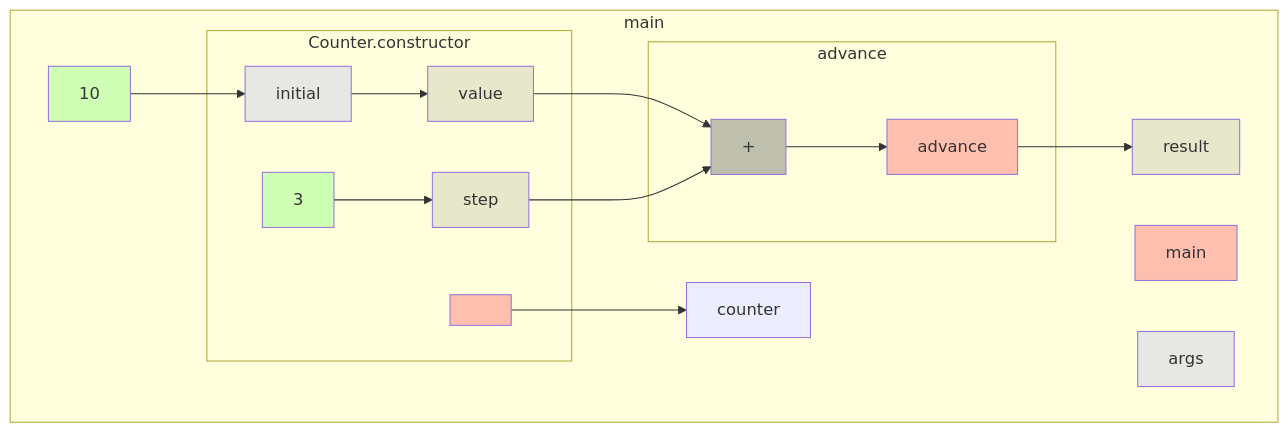
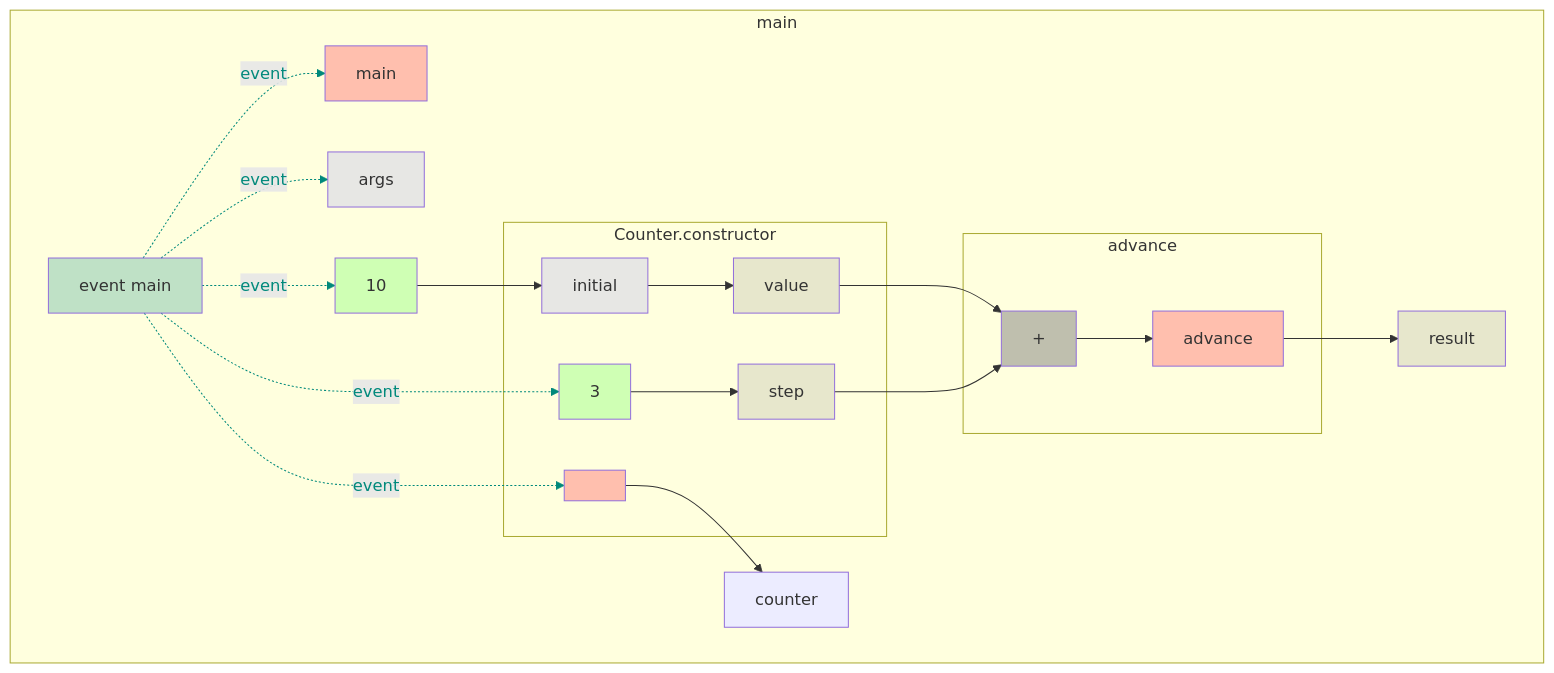
Before and after one commit to gstiebler/codeflow: the diagram in app/src/test/resources/implicitThis/snapshot.md, drawn with Mermaid. The commit also changed 77 other files, not shown here.

````diff
--- a/app/src/test/resources/implicitThis/snapshot.md
+++ b/app/src/test/resources/implicitThis/snapshot.md
@@ -1,36 +1,48 @@
 ```mermaid
 flowchart TD
   subgraph b0["main"]
-    n1[main]:::RETURN
-    n2[args]:::FUNC_PARAM
-    n3[10]:::LITERAL
-    n10[counter]:::OBJ_VARIABLE
-    n14[result]:::VARIABLE
-    n3[10]:::LITERAL --> n6[initial]:::FUNC_PARAM
-    n5[<init>]:::RETURN --> n10[counter]:::OBJ_VARIABLE
-    n7[value]:::VARIABLE --> n13[+]:::BIN_OP
-    n9[step]:::VARIABLE --> n13[+]:::BIN_OP
-    n12[advance]:::RETURN --> n14[result]:::VARIABLE
-    subgraph b4["Counter.constructor"]
-      n5[<init>]:::RETURN
-      n6[initial]:::FUNC_PARAM
-      n7[value]:::VARIABLE
-      n8[3]:::LITERAL
-      n9[step]:::VARIABLE
-      n6[initial]:::FUNC_PARAM --> n7[value]:::VARIABLE
-      n8[3]:::LITERAL --> n9[step]:::VARIABLE
+    n1[event main]:::EVENT
+    n2[main]:::RETURN
+    n3[args]:::FUNC_PARAM
+    n4[10]:::LITERAL
+    n11[counter]:::OBJ_VARIABLE
+    n15[result]:::VARIABLE
+    n1[event main]:::EVENT -. event .-> n2[main]:::RETURN
+    n1[event main]:::EVENT -. event .-> n3[args]:::FUNC_PARAM
+    n1[event main]:::EVENT -. event .-> n4[10]:::LITERAL
+    n1[event main]:::EVENT -. event .-> n6[<init>]:::RETURN
+    n1[event main]:::EVENT -. event .-> n9[3]:::LITERAL
+    n4[10]:::LITERAL --> n7[initial]:::FUNC_PARAM
+    n6[<init>]:::RETURN --> n11[counter]:::OBJ_VARIABLE
+    n8[value]:::VARIABLE --> n14[+]:::BIN_OP
+    n10[step]:::VARIABLE --> n14[+]:::BIN_OP
+    n13[advance]:::RETURN --> n15[result]:::VARIABLE
+    subgraph b5["Counter.constructor"]
+      n6[<init>]:::RETURN
+      n7[initial]:::FUNC_PARAM
+      n8[value]:::VARIABLE
+      n9[3]:::LITERAL
+      n10[step]:::VARIABLE
+      n7[initial]:::FUNC_PARAM --> n8[value]:::VARIABLE
+      n9[3]:::LITERAL --> n10[step]:::VARIABLE
     end
-    subgraph b11["advance"]
-      n12[advance]:::RETURN
-      n13[+]:::BIN_OP
-      n13[+]:::BIN_OP --> n12[advance]:::RETURN
+    subgraph b12["advance"]
+      n13[advance]:::RETURN
+      n14[+]:::BIN_OP
+      n14[+]:::BIN_OP --> n13[advance]:::RETURN
     end
   end
+  linkStyle 0 stroke:#00897b,color:#00897b
+  linkStyle 1 stroke:#00897b,color:#00897b
+  linkStyle 2 stroke:#00897b,color:#00897b
+  linkStyle 3 stroke:#00897b,color:#00897b
+  linkStyle 4 stroke:#00897b,color:#00897b
   classDef LITERAL fill:#00FF0030
   classDef VARIABLE fill:#80808030
   classDef BIN_OP fill:#80808080
   classDef FUNC_PARAM fill:#8080FF30
   classDef RETURN fill:#FF808080
   classDef EXTERNAL fill:#FFA50040
   classDef UNMODELLED fill:#FF000030,stroke-dasharray: 4 2
+  classDef EVENT fill:#00897B40
 ```
````
